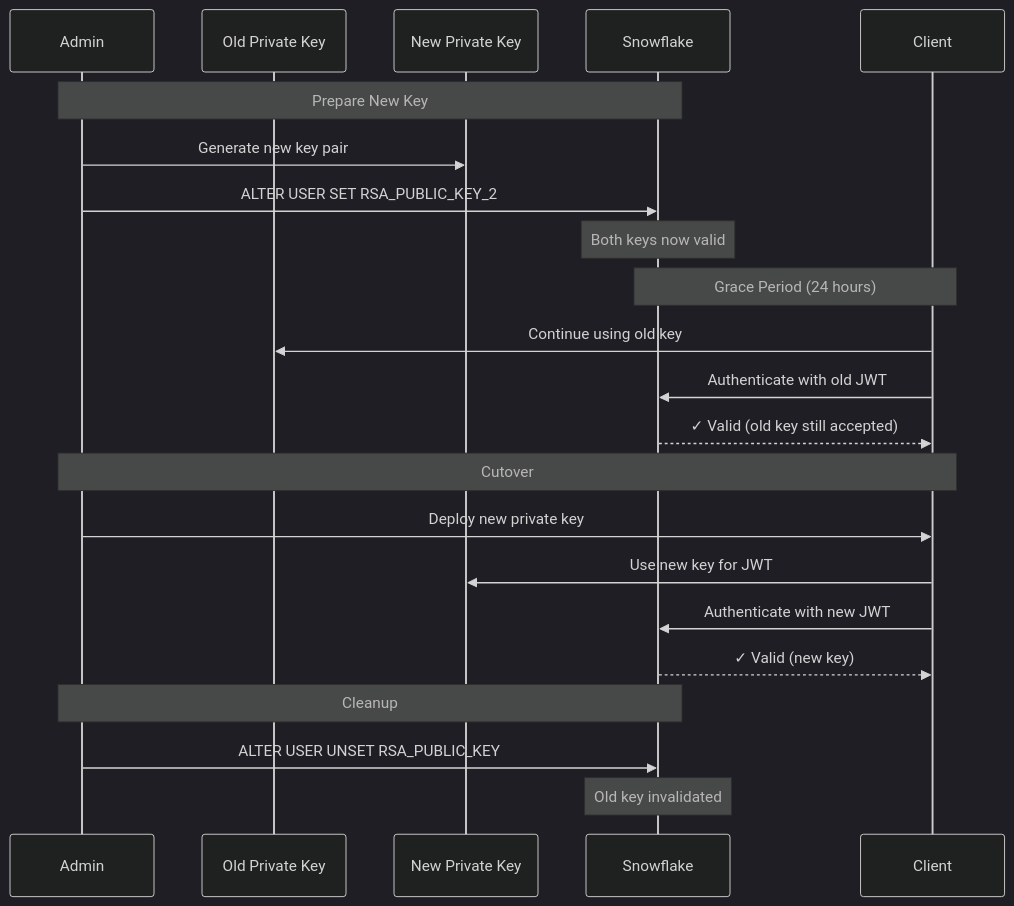
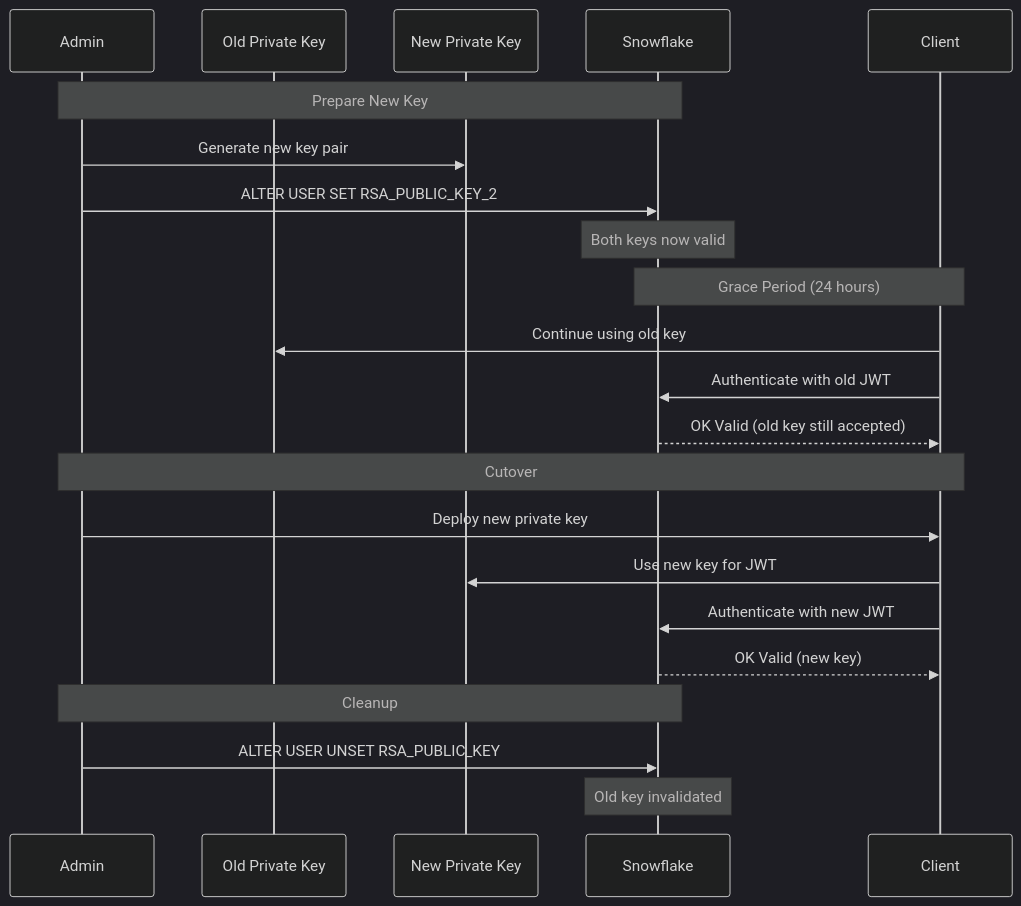
One commit to sfc-gh-miwhitaker/sfe-simple-stream changed the third of 3 diagrams in diagrams/auth-flow.md. Above: the diagram before and after it, drawn with Mermaid (dark theme). The commit also changed other lines of this file and 37 other files, not shown here.

````diff
--- a/diagrams/auth-flow.md
+++ b/diagrams/auth-flow.md
@@ -332,28 +331,28 @@
 ```mermaid
 sequenceDiagram
     participant Admin
     participant Old as Old Private Key
     participant New as New Private Key
     participant SF as Snowflake
     participant Client
-    
+
     Note over Admin,SF: Prepare New Key
     Admin->>New: Generate new key pair
     Admin->>SF: ALTER USER SET RSA_PUBLIC_KEY_2
     Note over SF: Both keys now valid
-    
+
     Note over Client,SF: Grace Period (24 hours)
     Client->>Old: Continue using old key
     Client->>SF: Authenticate with old JWT
-    SF-->>Client: ✓ Valid (old key still accepted)
-    
+    SF-->>Client: OK Valid (old key still accepted)
+
     Note over Admin,Client: Cutover
     Admin->>Client: Deploy new private key
     Client->>New: Use new key for JWT
     Client->>SF: Authenticate with new JWT
-    SF-->>Client: ✓ Valid (new key)
-    
+    SF-->>Client: OK Valid (new key)
+
     Note over Admin,SF: Cleanup
     Admin->>SF: ALTER USER UNSET RSA_PUBLIC_KEY
     Note over SF: Old key invalidated
 ```
````
